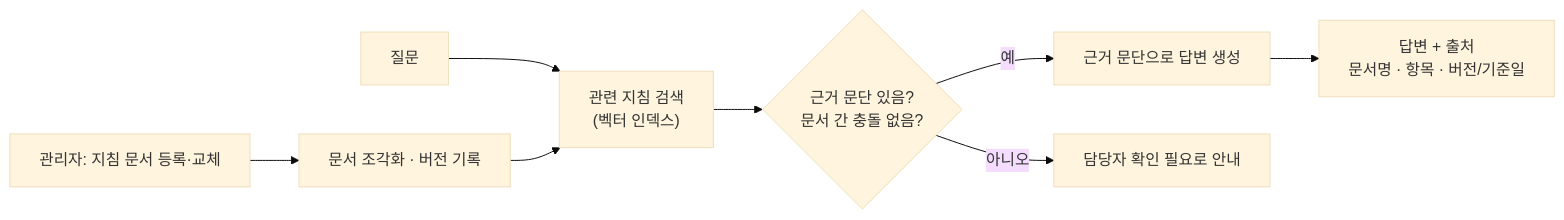
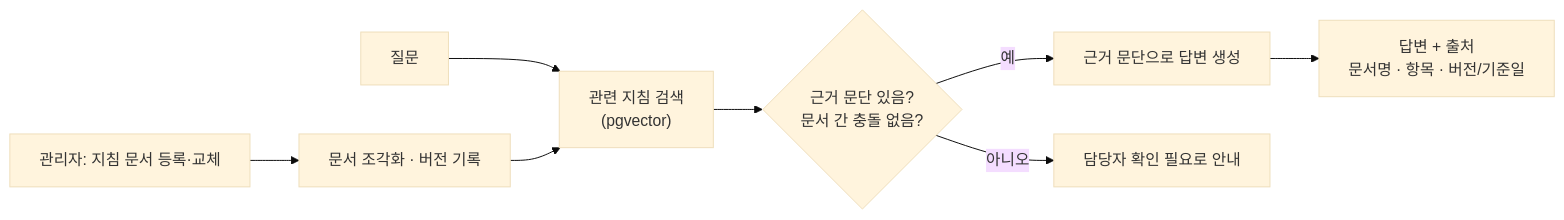
Before and after one commit to YC-CapstoneDesign-5/.github: the tenth of 13 diagrams in docs/ARCHITECTURE.md, drawn with Mermaid (base theme). The commit also changed other lines of this file and 5 other files, not shown here.

````diff
--- a/docs/ARCHITECTURE.md
+++ b/docs/ARCHITECTURE.md
@@ -263,9 +263,9 @@
 ```mermaid
 flowchart LR
-    Q["질문"] --> S["관련 지침 검색<br>(벡터 인덱스)"]
+    Q["질문"] --> S["관련 지침 검색<br>(pgvector)"]
     S --> E{"근거 문단 있음?<br>문서 간 충돌 없음?"}
     E -->|예| G["근거 문단으로 답변 생성"]
     G --> O["답변 + 출처<br>문서명 · 항목 · 버전/기준일"]
     E -->|아니오| N["담당자 확인 필요로 안내"]
     ADM["관리자: 지침 문서 등록·교체"] --> IDX["문서 조각화 · 버전 기록"] --> S
 ```
````
